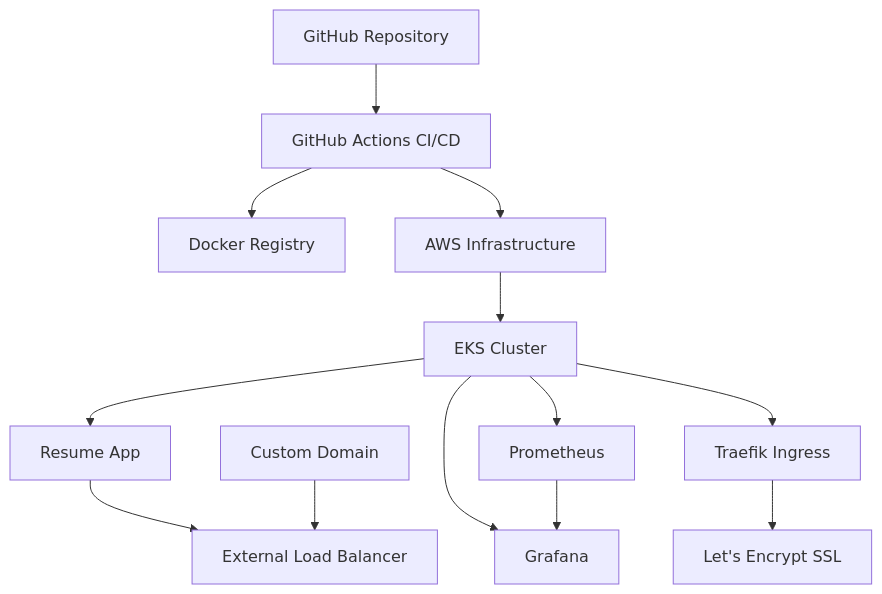
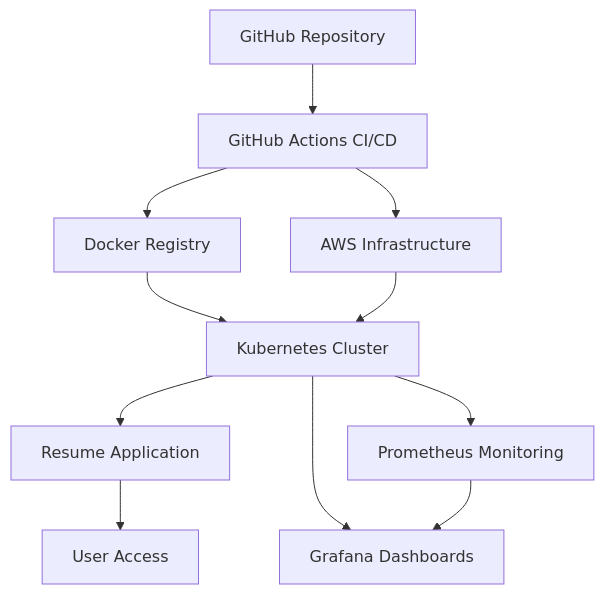
The diagram in README.md (twinleq/devops-resume-platform), drawn with Mermaid before and after one commit. The commit also changed other lines of this file and 19 other files, not shown here.

````diff
--- a/README.md
+++ b/README.md
@@ -16,15 +16,13 @@
 ```mermaid
 graph TB
     A[GitHub Repository] --> B[GitHub Actions CI/CD]
     B --> C[Docker Registry]
     B --> D[AWS Infrastructure]
-    D --> E[EKS Cluster]
-    E --> F[Resume App]
-    E --> G[Prometheus]
-    E --> H[Grafana]
-    E --> I[Traefik Ingress]
-    F --> J[External Load Balancer]
+    C --> E[Kubernetes Cluster]
+    D --> E
+    E --> F[Resume Application]
+    E --> G[Prometheus Monitoring]
+    E --> H[Grafana Dashboards]
+    F --> I[User Access]
     G --> H
-    I --> K[Let's Encrypt SSL]
-    L[Custom Domain] --> J
 ```
````
